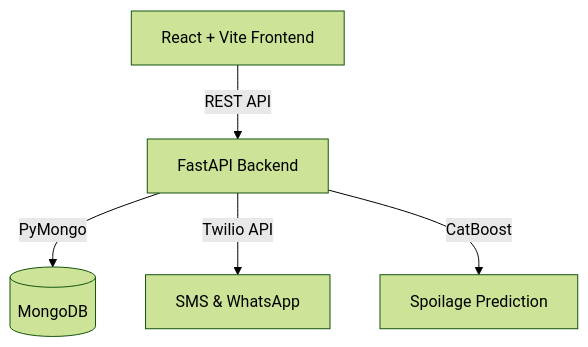
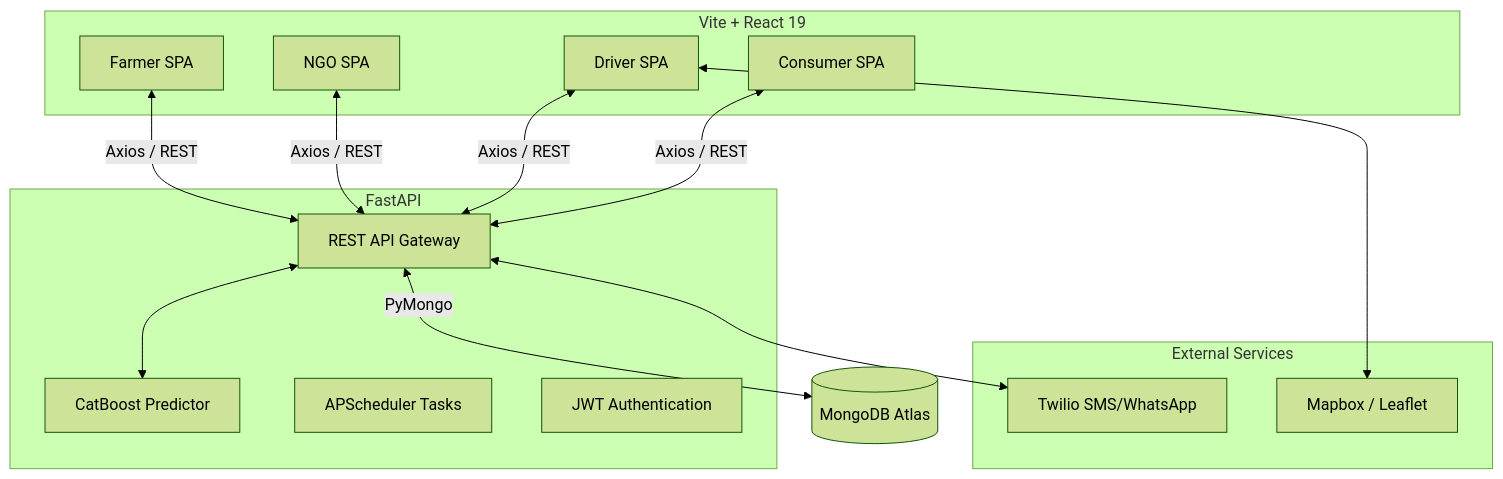
Before and after one commit to Maxwell343/AnnamRepo: the diagram in README.md, drawn with Mermaid (forest theme). The commit also changed other lines of this file, not shown here.

Commit message:
docs: Update README with deep technical analysis and architecture

````diff
--- a/README.md
+++ b/README.md
@@ -36,7 +51,27 @@
 ```mermaid
 graph TD;
-    Client[React + Vite Frontend] -->|REST API| API[FastAPI Backend];
-    API -->|PyMongo| DB[(MongoDB)];
-    API -->|Twilio API| SMS[SMS & WhatsApp];
-    API -->|CatBoost| ML[Spoilage Prediction];
+    subgraph Frontend [Vite + React 19]
+        F[Farmer SPA]
+        N[NGO SPA]
+        D[Driver SPA]
+        C[Consumer SPA]
+    end
+
+    subgraph Backend [FastAPI]
+        API[REST API Gateway]
+        ML[CatBoost Predictor]
+        CRON[APScheduler Tasks]
+        AUTH[JWT Authentication]
+    end
+
+    subgraph External Services
+        TW[Twilio SMS/WhatsApp]
+        MAP[Mapbox / Leaflet]
+    end
+
+    F & N & D & C <-->|Axios / REST| API
+    API <-->|PyMongo| DB[(MongoDB Atlas)]
+    API <--> ML
+    API <--> TW
+    D <--> MAP
 ```
````
